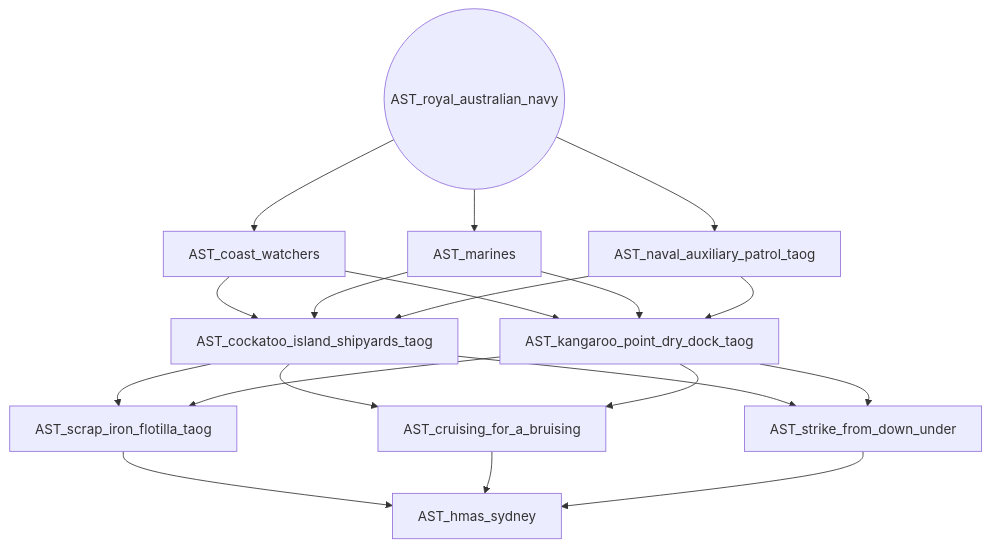
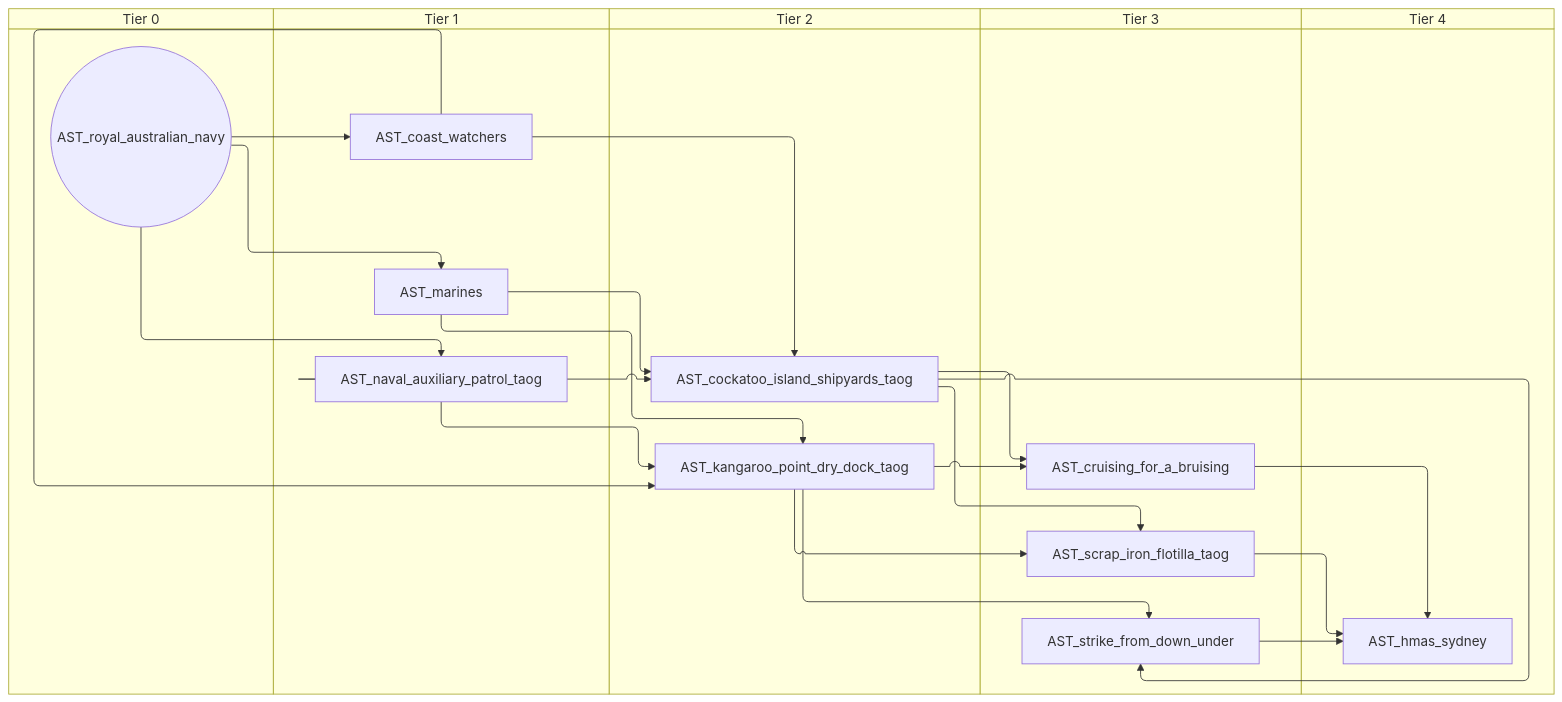
Diagram 11 of 15 in docs/gdd/National Focuses/australia_taog.md (evgeny-sobol/hoi4-sandbox-mode), drawn with Mermaid before and after one commit. The commit also changed other lines of this file and 80 other files, not shown here.

First line of the commit message:
Add swimlane mode to focus graph exporter

````diff
--- a/docs/gdd/National Focuses/australia_taog.md
+++ b/docs/gdd/National Focuses/australia_taog.md
@@ -576,31 +682,41 @@
 ```mermaid
-flowchart TD
-    n202["AST_coast_watchers"]
-    n203["AST_cockatoo_island_shipyards_taog"]
-    n204["AST_cruising_for_a_bruising"]
-    n205["AST_hmas_sydney"]
-    n206["AST_kangaroo_point_dry_dock_taog"]
-    n207["AST_marines"]
-    n208["AST_naval_auxiliary_patrol_taog"]
-    n209(("AST_royal_australian_navy"))
-    n210["AST_scrap_iron_flotilla_taog"]
-    n211["AST_strike_from_down_under"]
-    n209 --> n202
+swimlane-beta TD
+    subgraph tier_0["Tier 0"]
+        n202(("AST_royal_australian_navy"))
+    end
+    subgraph tier_1["Tier 1"]
+        n203["AST_coast_watchers"]
+        n204["AST_marines"]
+        n205["AST_naval_auxiliary_patrol_taog"]
+    end
+    subgraph tier_2["Tier 2"]
+        n206["AST_cockatoo_island_shipyards_taog"]
+        n207["AST_kangaroo_point_dry_dock_taog"]
+    end
+    subgraph tier_3["Tier 3"]
+        n208["AST_cruising_for_a_bruising"]
+        n209["AST_scrap_iron_flotilla_taog"]
+        n210["AST_strike_from_down_under"]
+    end
+    subgraph tier_4["Tier 4"]
+        n211["AST_hmas_sydney"]
+    end
     n202 --> n203
-    n207 --> n203
-    n208 --> n203
-    n203 --> n204
-    n206 --> n204
-    n210 --> n205
-    n204 --> n205
-    n211 --> n205
-    n202 --> n206
-    n207 --> n206
-    n208 --> n206
-    n209 --> n207
-    n209 --> n208
-    n203 --> n210
+    n203 --> n206
+    n204 --> n206
+    n205 --> n206
+    n206 --> n208
+    n207 --> n208
+    n209 --> n211
+    n208 --> n211
+    n210 --> n211
+    n203 --> n207
+    n204 --> n207
+    n205 --> n207
+    n202 --> n204
+    n202 --> n205
+    n206 --> n209
+    n207 --> n209
     n206 --> n210
-    n203 --> n211
-    n206 --> n211
+    n207 --> n210
 ```
````
